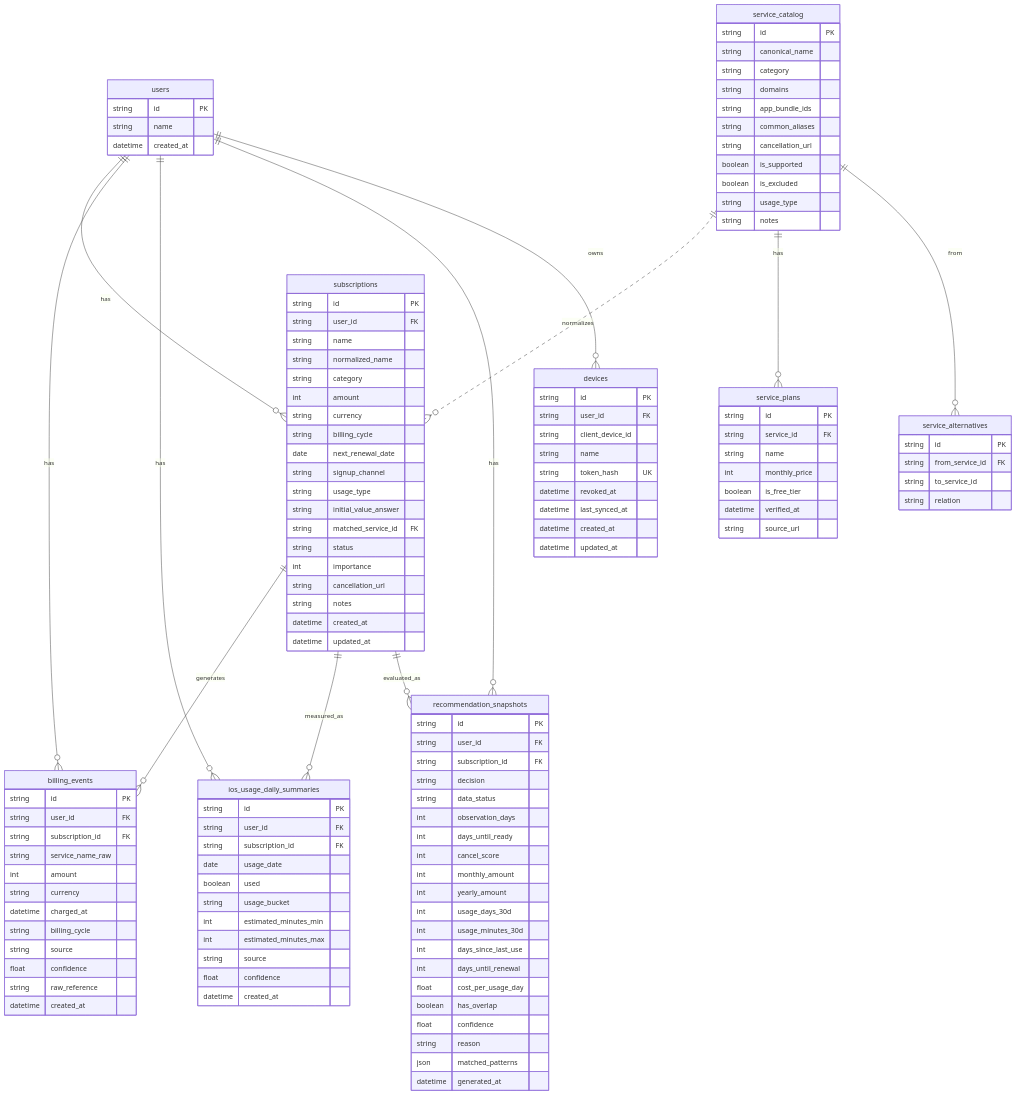
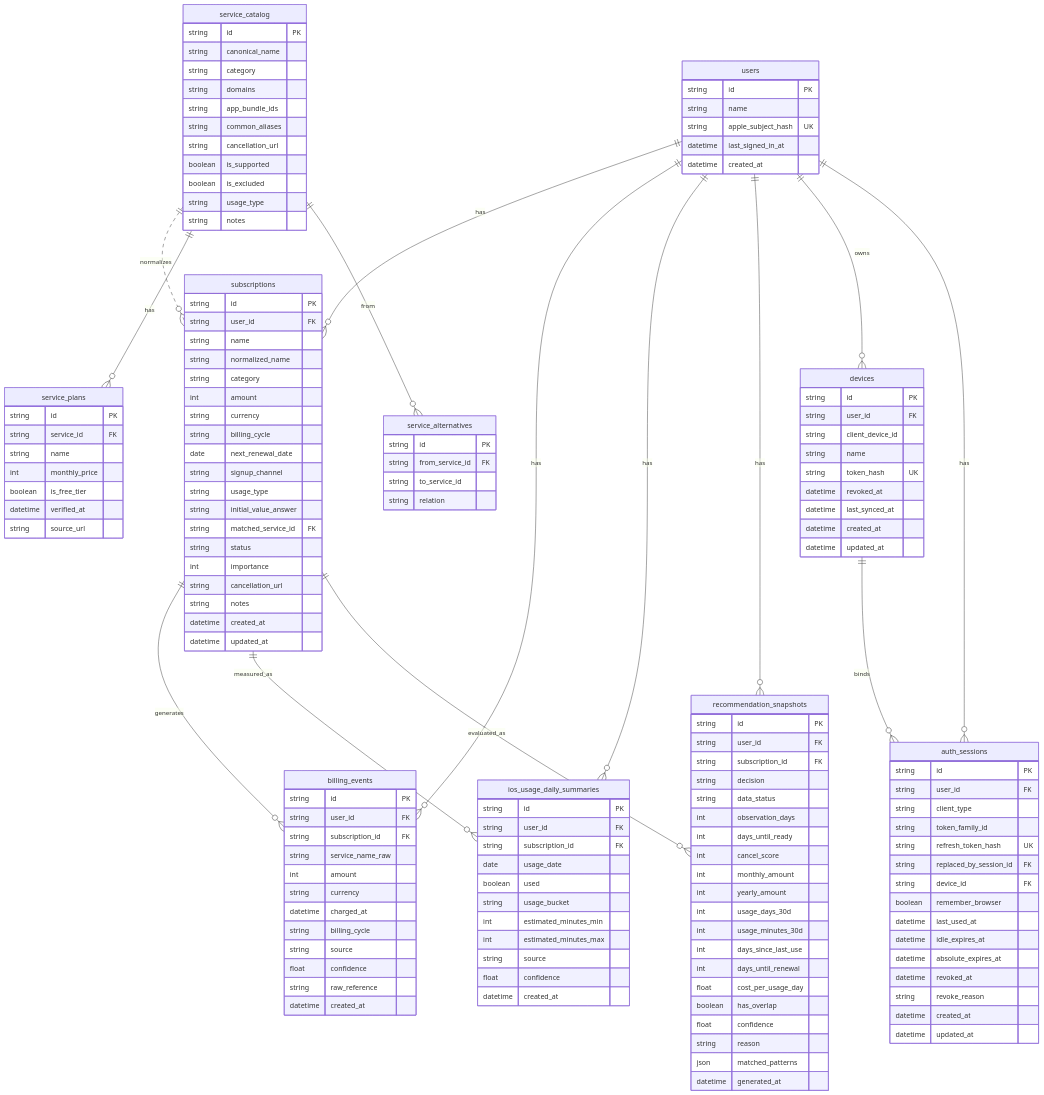
The third of 7 diagrams in docs/functional-design.md (Shintaro-Abe/SubBuddy), drawn with Mermaid before and after one commit. The commit also changed other lines of this file and 66 other files, not shown here.

```diff
--- a/docs/functional-design.md
+++ b/docs/functional-design.md
@@ -126,6 +126,8 @@
   users ||--o{ ios_usage_daily_summaries : has
   users ||--o{ recommendation_snapshots : has
   users ||--o{ devices : owns
+  users ||--o{ auth_sessions : has
+  devices ||--o{ auth_sessions : binds
   subscriptions ||--o{ billing_events : generates
   subscriptions ||--o{ ios_usage_daily_summaries : measured_as
   subscriptions ||--o{ recommendation_snapshots : evaluated_as
@@ -136,6 +138,8 @@
   users {
     string id PK
     string name
+    string apple_subject_hash UK
+    datetime last_signed_in_at
     datetime created_at
   }
   subscriptions {
@@ -197,6 +201,23 @@
     datetime created_at
     datetime updated_at
   }
+  auth_sessions {
+    string id PK
+    string user_id FK
+    string client_type
+    string token_family_id
+    string refresh_token_hash UK
+    string replaced_by_session_id FK
+    string device_id FK
+    boolean remember_browser
+    datetime last_used_at
+    datetime idle_expires_at
+    datetime absolute_expires_at
+    datetime revoked_at
+    string revoke_reason
+    datetime created_at
+    datetime updated_at
+  }
   recommendation_snapshots {
     string id PK
     string user_id FK
```
